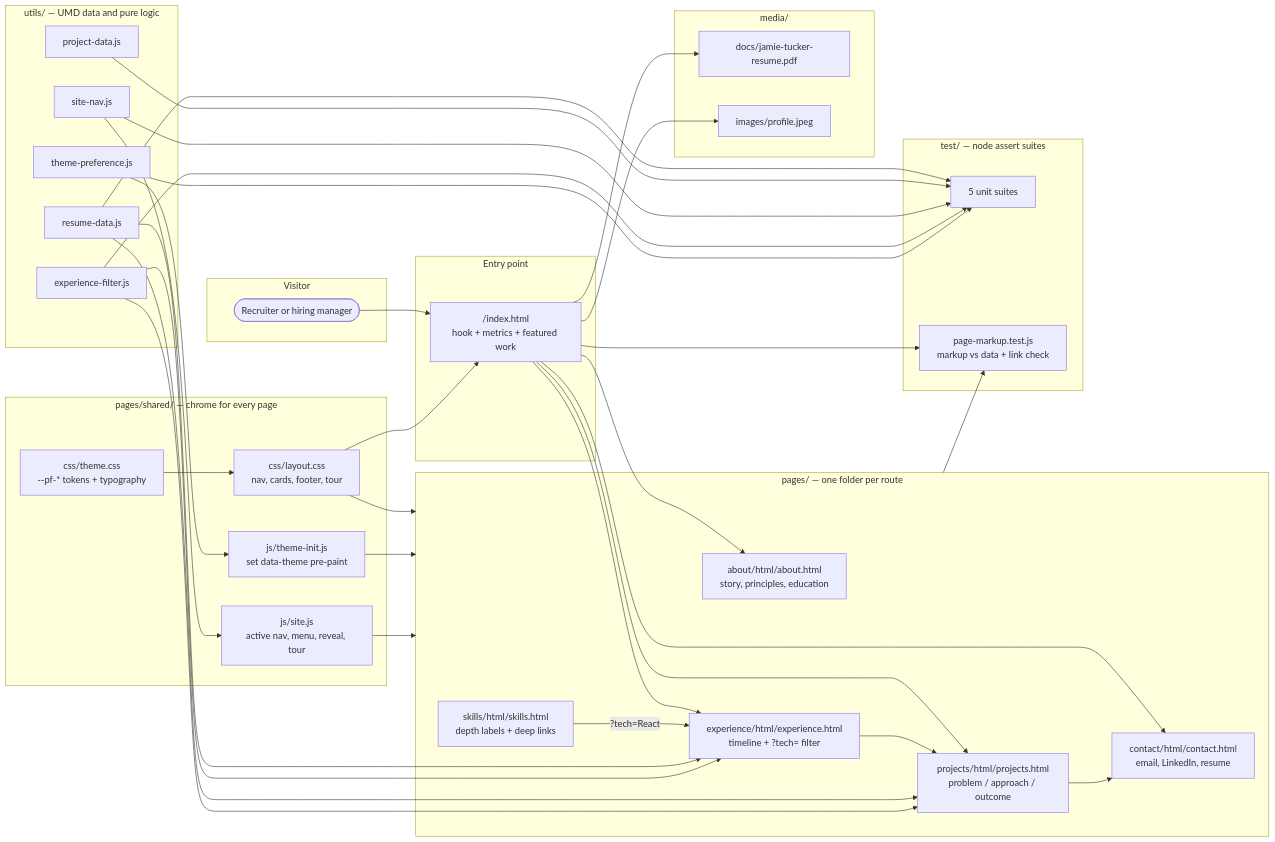
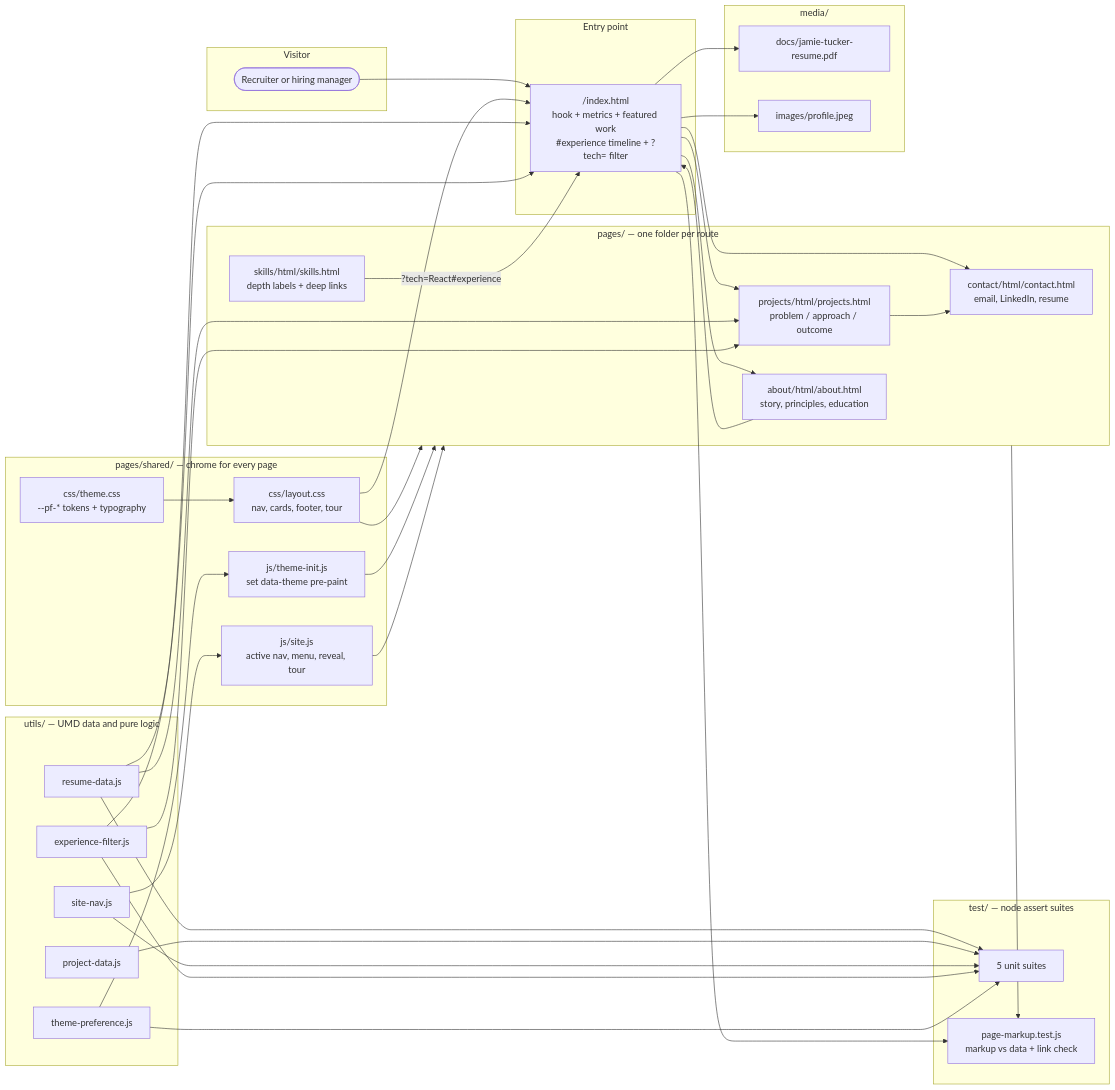
The diagram in diagrams/site-architecture.mmd (Jamieatucker/portfolio), drawn with Mermaid before and after one commit. The commit also changed 13 other files, not shown here.

```diff
--- a/diagrams/site-architecture.mmd
+++ b/diagrams/site-architecture.mmd
@@ -1,74 +1,72 @@
 %% Jamie Tucker Portfolio — multi-page static site architecture
 %% Render with: https://mermaid.live or any Mermaid-capable Markdown viewer
 flowchart LR
     subgraph Visitor
         R([Recruiter or hiring manager])
     end
 
     subgraph Entry["Entry point"]
-        IDX["/index.html<br/>hook + metrics + featured work"]
+        IDX["/index.html<br/>hook + metrics + featured work<br/>#experience timeline + ?tech= filter"]
     end
 
     subgraph PagesGroup["pages/ — one folder per route"]
         AB["about/html/about.html<br/>story, principles, education"]
-        EX["experience/html/experience.html<br/>timeline + ?tech= filter"]
         PR["projects/html/projects.html<br/>problem / approach / outcome"]
         SK["skills/html/skills.html<br/>depth labels + deep links"]
         CT["contact/html/contact.html<br/>email, LinkedIn, resume"]
     end
 
     subgraph SharedGroup["pages/shared/ — chrome for every page"]
         THEME["css/theme.css<br/>--pf-* tokens + typography"]
         LAYOUT["css/layout.css<br/>nav, cards, footer, tour"]
         TINIT["js/theme-init.js<br/>set data-theme pre-paint"]
         SITE["js/site.js<br/>active nav, menu, reveal, tour"]
     end
 
     subgraph UtilsGroup["utils/ — UMD data and pure logic"]
         RESUME["resume-data.js"]
         PROJDATA["project-data.js"]
         NAV["site-nav.js"]
         FILTER["experience-filter.js"]
         THEMEPREF["theme-preference.js"]
     end
 
     subgraph TestGroup["test/ — node assert suites"]
         UNIT["5 unit suites"]
         MARKUP["page-markup.test.js<br/>markup vs data + link check"]
     end
 
     subgraph MediaGroup["media/"]
         PDF["docs/jamie-tucker-resume.pdf"]
         IMG["images/profile.jpeg"]
     end
 
     R --> IDX
     IDX --> AB
-    IDX --> EX
     IDX --> PR
     IDX --> CT
-    SK -- "?tech=React" --> EX
-    EX --> PR
+    SK -- "?tech=React#experience" --> IDX
+    AB --> IDX
     PR --> CT
     IDX --> PDF
     IDX --> IMG
 
     THEME --> LAYOUT
     LAYOUT --> IDX
     LAYOUT --> PagesGroup
     THEMEPREF --> TINIT
     TINIT --> PagesGroup
     NAV --> SITE
     SITE --> PagesGroup
-    RESUME --> EX
+    RESUME --> IDX
     RESUME --> PR
-    FILTER --> EX
+    FILTER --> IDX
     FILTER --> PR
 
     RESUME --> UNIT
     PROJDATA --> UNIT
     NAV --> UNIT
     FILTER --> UNIT
     THEMEPREF --> UNIT
     IDX --> MARKUP
     PagesGroup --> MARKUP
```
